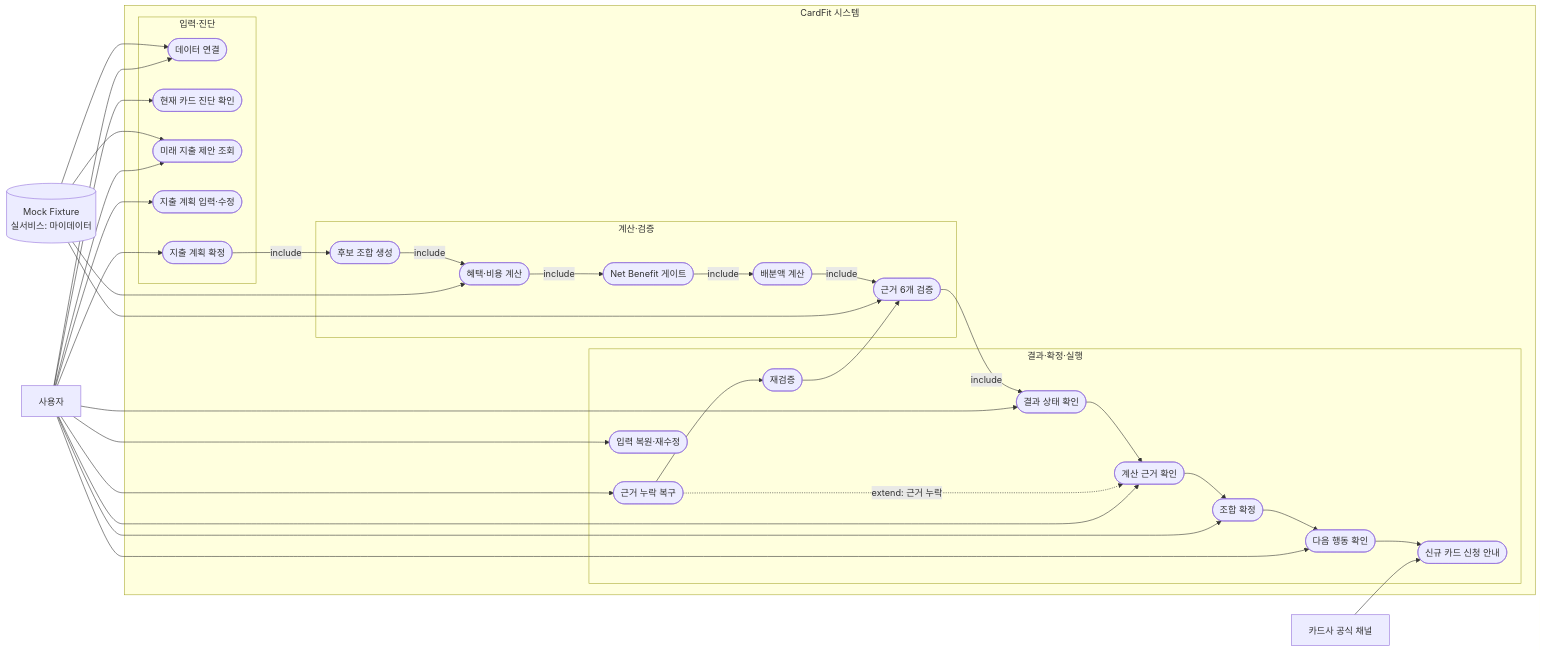
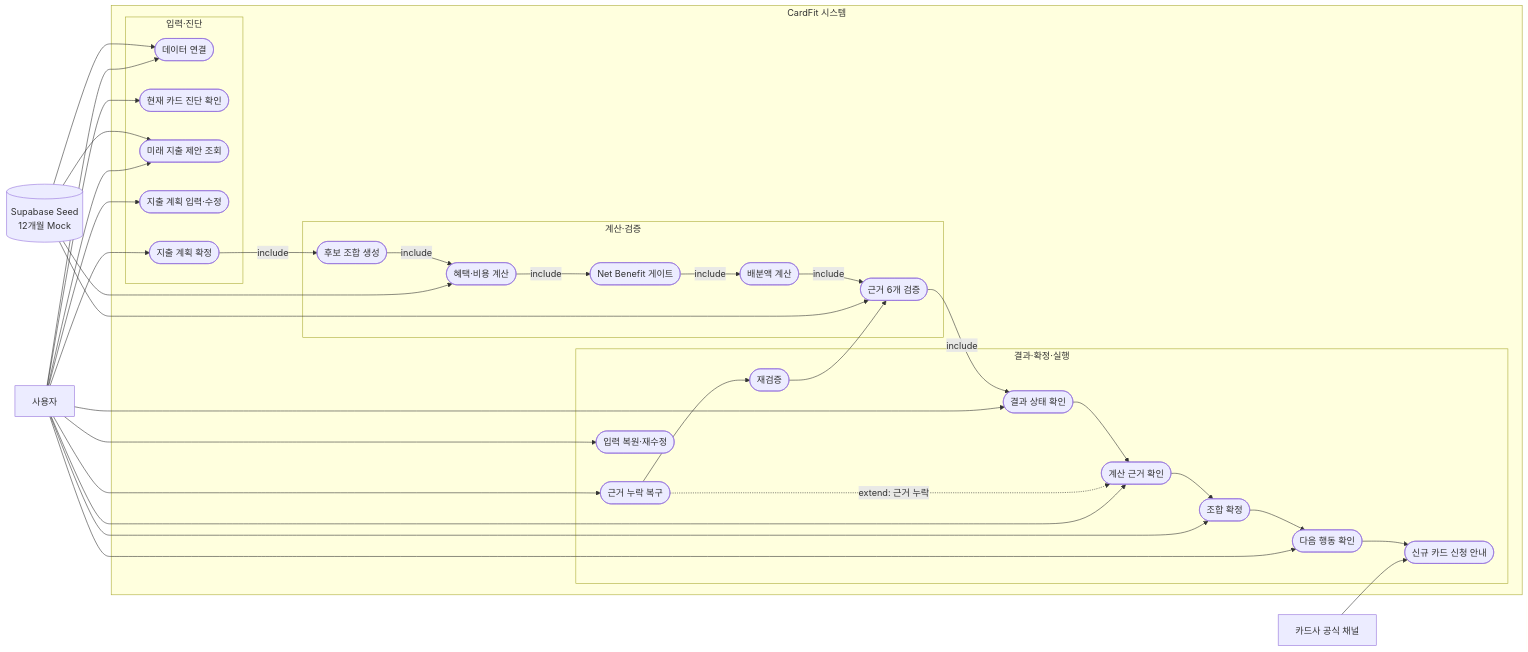
The first of 9 diagrams in docs/diagrams/TECHNICAL_DESIGN.md (maybeaj/cardfit), drawn with Mermaid before and after one commit. The commit also changed other lines of this file and 17 other files, not shown here.

Commit message:
docs: align task list with seeded rules architecture

````diff
--- a/docs/diagrams/TECHNICAL_DESIGN.md
+++ b/docs/diagrams/TECHNICAL_DESIGN.md
@@ -34,47 +34,47 @@
 ```mermaid
 flowchart LR
   User[사용자]
-  Data[(Mock Fixture<br/>실서비스: 마이데이터)]
+  Data[(Supabase Seed<br/>12개월 Mock)]
   Official[카드사 공식 채널]
 
   subgraph CardFit[CardFit 시스템]
     subgraph Input[입력·진단]
       UC1([데이터 연결])
       UC2([현재 카드 진단 확인])
       UC3([미래 지출 제안 조회])
       UC4([지출 계획 입력·수정])
       UC5([지출 계획 확정])
     end
     subgraph Calculation[계산·검증]
       UC6([후보 조합 생성])
       UC7([혜택·비용 계산])
       UC8([Net Benefit 게이트])
       UC9([배분액 계산])
       UC10([근거 6개 검증])
     end
     subgraph Result[결과·확정·실행]
       UC11([결과 상태 확인])
       UC12([계산 근거 확인])
       UC13([근거 누락 복구])
       UC14([재검증])
       UC15([조합 확정])
       UC16([다음 행동 확인])
       UC17([신규 카드 신청 안내])
       UC18([입력 복원·재수정])
     end
   end
 
   User --> UC1 & UC2 & UC3 & UC4 & UC5 & UC11 & UC12 & UC13 & UC15 & UC16 & UC18
   Data --> UC1 & UC3 & UC7 & UC10
   Official --> UC17
   UC5 -->|include| UC6
   UC6 -->|include| UC7
   UC7 -->|include| UC8
   UC8 -->|include| UC9
   UC9 -->|include| UC10
   UC10 -->|include| UC11
   UC13 -.->|extend: 근거 누락| UC12
   UC13 --> UC14
   UC14 --> UC10
   UC11 --> UC12 --> UC15 --> UC16 --> UC17
 ```
````
